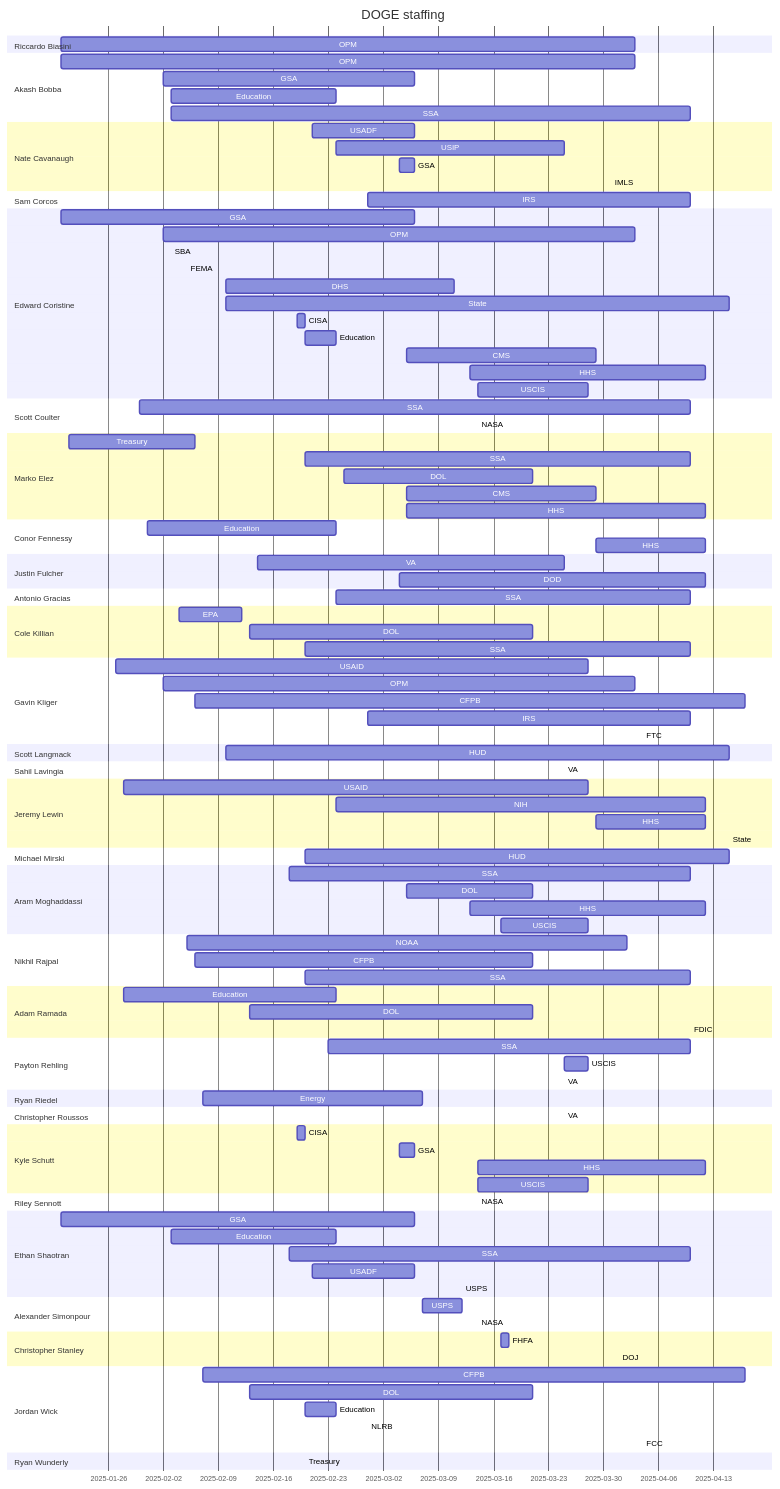
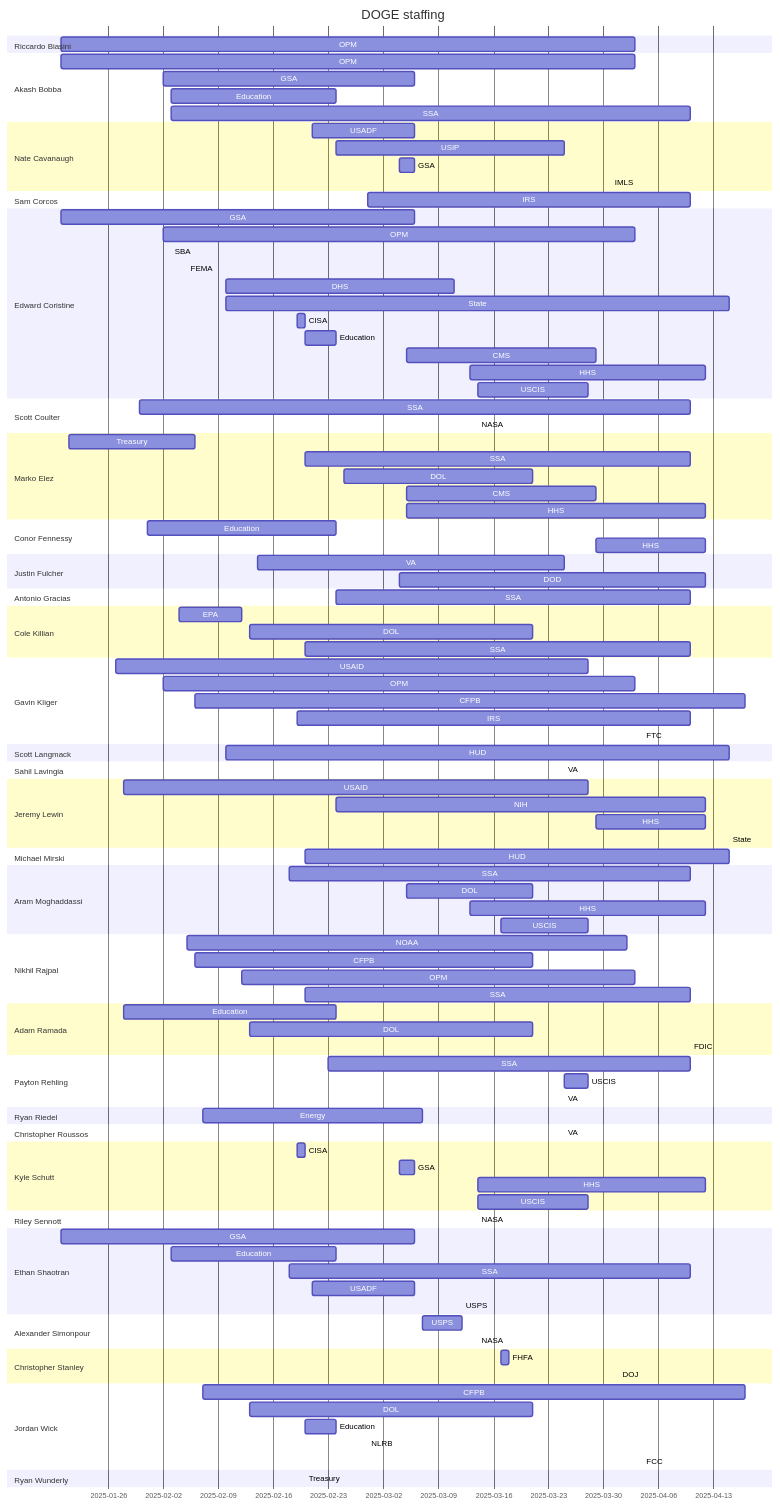
Before and after one commit to harrisj/trump_data: the diagram in it_modernization/staffing_chart.md, drawn with Mermaid. The commit also changed 11 other files, not shown here.

```diff
--- a/it_modernization/staffing_chart.md
+++ b/it_modernization/staffing_chart.md
@@ -54,7 +54,7 @@
         USAID : 2025-01-27, 2025-03-28
         OPM : 2025-02-02, 2025-04-03
         CFPB : 2025-02-06, 2025-04-17
-        IRS : 2025-02-28, 2025-04-10
+        IRS : 2025-02-19, 2025-04-10
         FTC : 2025-04-04, 2025-04-04
     section Scott Langmack
         HUD : 2025-02-10, 2025-04-15
@@ -75,6 +75,7 @@
     section Nikhil Rajpal
         NOAA : 2025-02-05, 2025-04-02
         CFPB : 2025-02-06, 2025-03-21
+        OPM : 2025-02-12, 2025-04-03
         SSA : 2025-02-20, 2025-04-10
     section Adam Ramada
         Education : 2025-01-28, 2025-02-24
```
